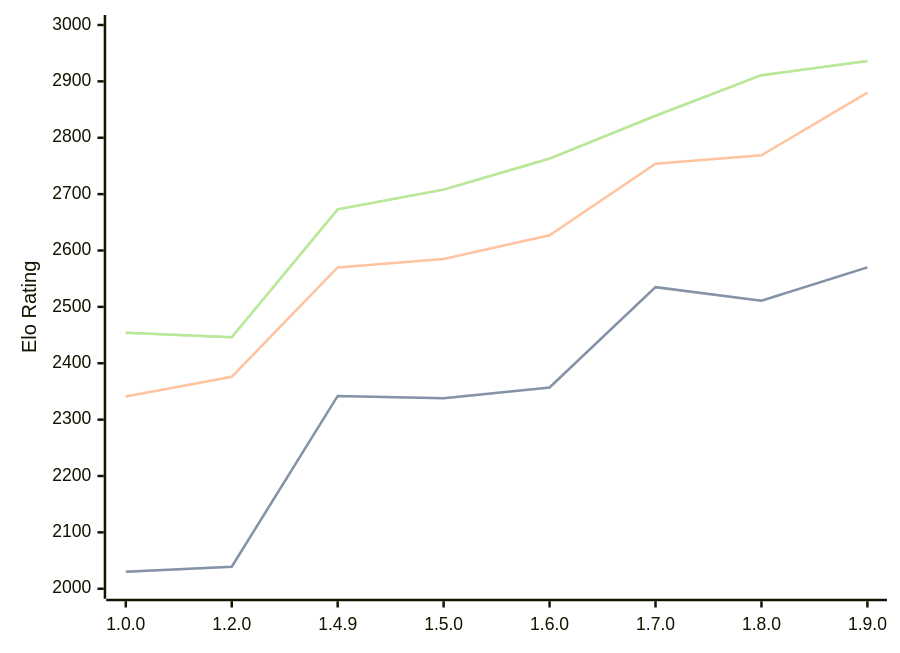
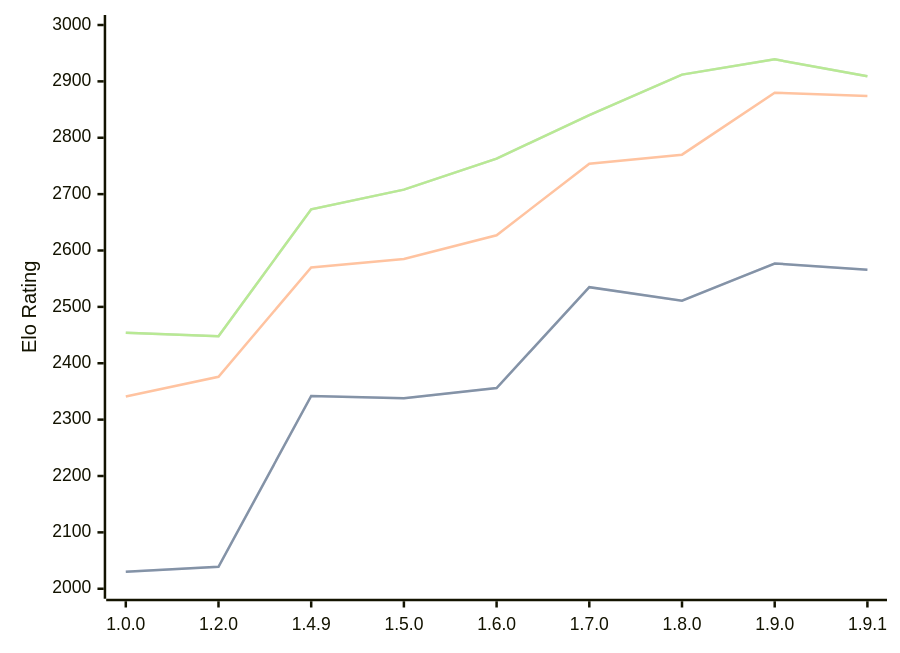
One commit to computer-chess-index/cci changed the diagram in engines/Basilisk.md. Above: the diagram before and after it, drawn with Mermaid. The commit also changed other lines of this file, not shown here.

Commit message:
Update CCI Ratings (ELO VLTC) - 2026-07-26

````diff
--- a/engines/Basilisk.md
+++ b/engines/Basilisk.md
@@ -53,11 +53,11 @@
 ```mermaid
 %%{init: {"theme":"base","themeVariables":{"seriesColors:['#a3a3a3','#222221','#faa371']}}}%%
 xychart-beta
-  x-axis ["1.0.0", "1.2.0", "1.4.9", "1.5.0", "1.6.0", "1.7.0", "1.8.0", "1.9.0"]
+  x-axis ["1.0.0", "1.2.0", "1.4.9", "1.5.0", "1.6.0", "1.7.0", "1.8.0", "1.9.0", "1.9.1"]
   y-axis "Elo Rating" 2000 --> 3000
-  line "STC (8.0+0.08s)" [2030, 2039, 2342, 2338, 2357, 2535, 2511, 2570]
-  line "STC (8.0+0.08s)" [2030, 2039, 2342, 2338, 2357, 2535, 2511, 2570]
-  line "LTC (60.0+0.60s)" [2341, 2376, 2570, 2585, 2627, 2754, 2769, 2880]
-  line "VLTC (2m24s+1.12s)" [2454, 2446, 2673, 2708, 2763, 2839, 2911, 2936]
-  line "VLTC (2m24s+1.12s)" [2454, 2446, 2673, 2708, 2763, 2839, 2911, 2936]
+  line "STC (8.0+0.08s)" [2030, 2039, 2342, 2338, 2356, 2535, 2511, 2577, 2566]
+  line "STC (8.0+0.08s)" [2030, 2039, 2342, 2338, 2356, 2535, 2511, 2577, 2566]
+  line "LTC (60.0+0.60s)" [2341, 2376, 2570, 2585, 2627, 2754, 2770, 2880, 2874]
+  line "VLTC (2m24s+1.12s)" [2454, 2448, 2673, 2708, 2763, 2840, 2912, 2939, 2909]
+  line "VLTC (2m24s+1.12s)" [2454, 2448, 2673, 2708, 2763, 2840, 2912, 2939, 2909]
 ```
````
